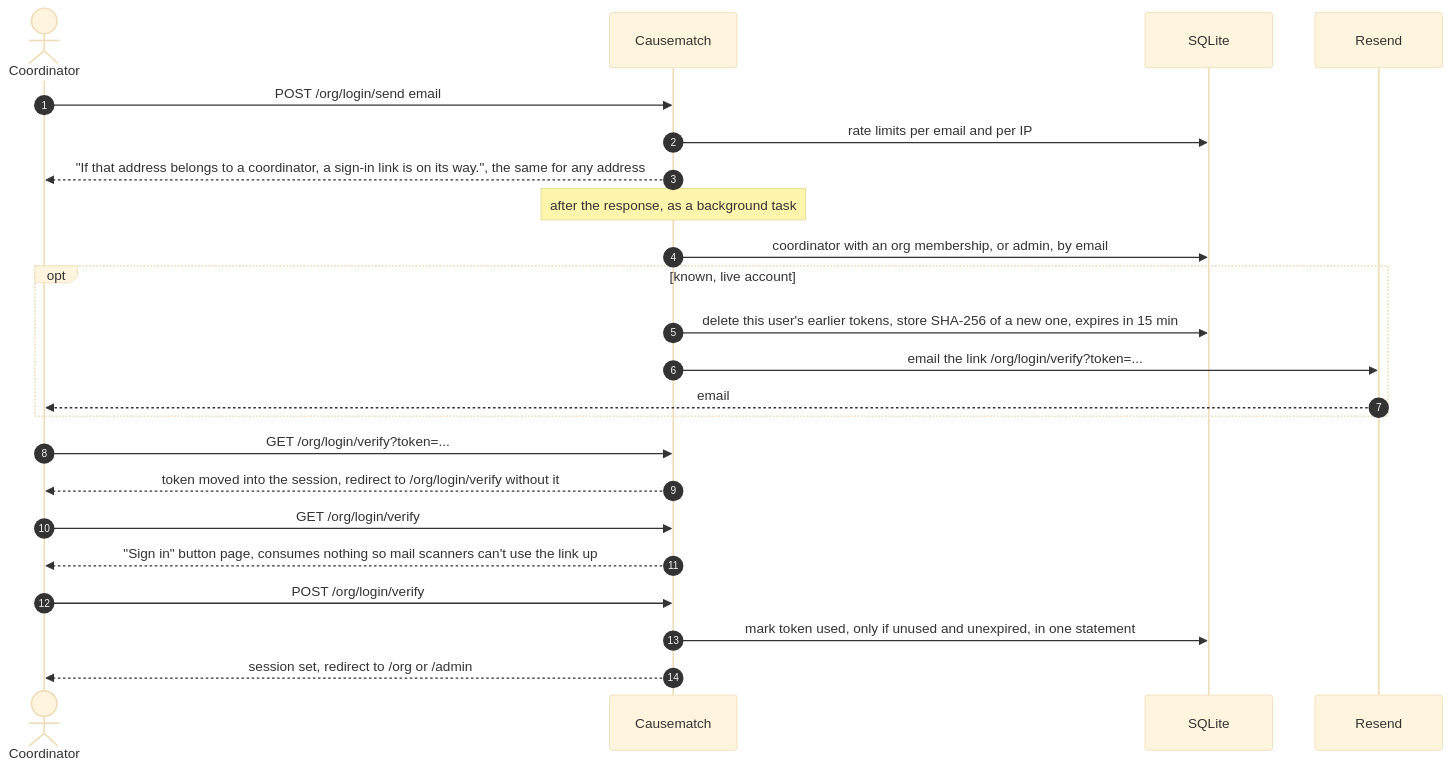
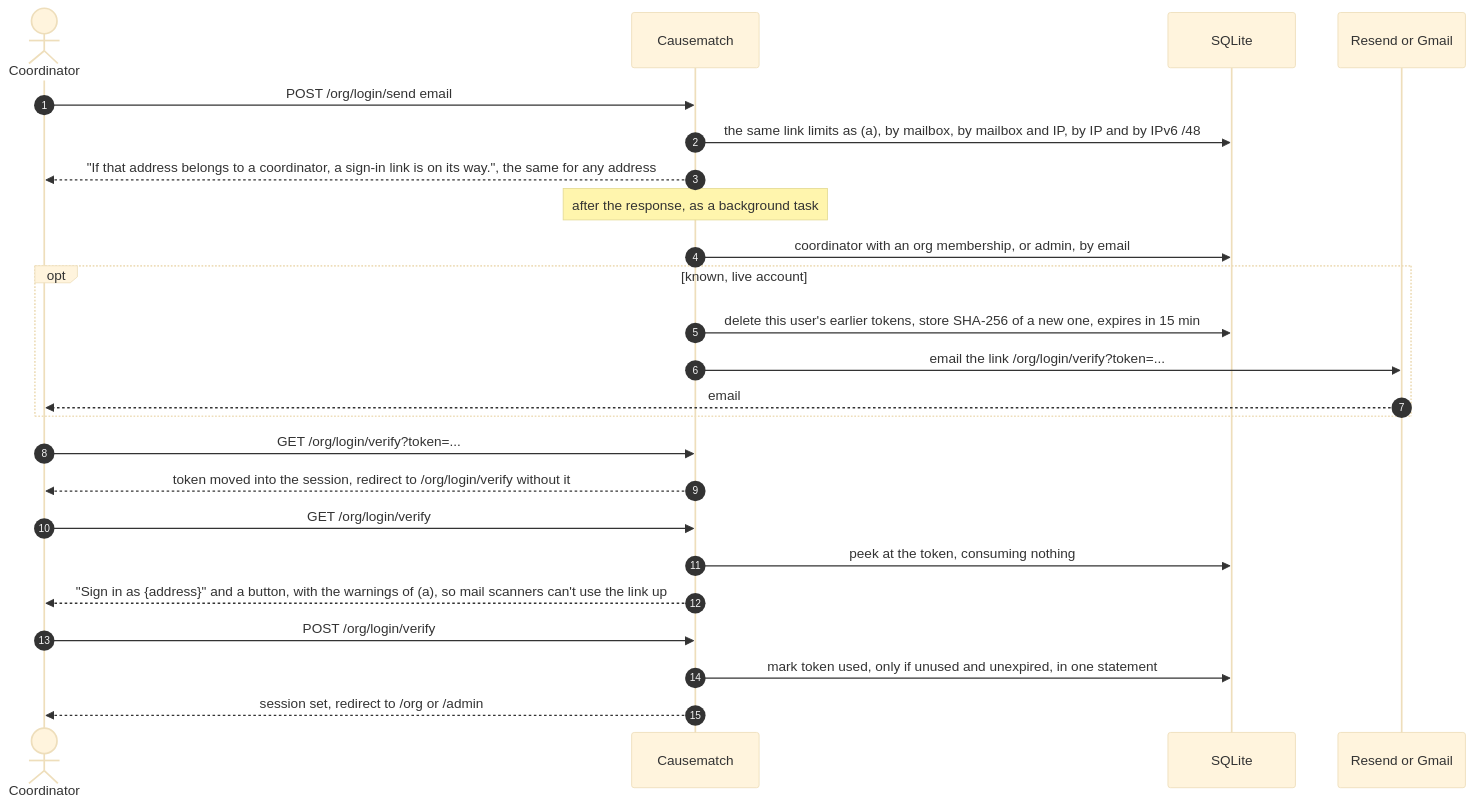
Before and after one commit to slegroux/causematch: diagram 16 of 26 in docs/ARCHITECTURE.md, drawn with Mermaid (base theme). The commit also changed other lines of this file, not shown here.

First line of the commit message:
Architecture doc: a C4 tour on top, the reference below, up to date with main through #40 (#21)

````diff
--- a/docs/ARCHITECTURE.md
+++ b/docs/ARCHITECTURE.md
@@ -564,26 +1007,27 @@
 ```mermaid
 sequenceDiagram
     autonumber
     actor C as Coordinator
     participant A as Causematch
     participant DB as SQLite
-    participant R as Resend
+    participant R as Resend or Gmail
 
     C->>A: POST /org/login/send email
-    A->>DB: rate limits per email and per IP
+    A->>DB: the same link limits as (a), by mailbox, by mailbox and IP, by IP and by IPv6 /48
     A-->>C: "If that address belongs to a coordinator, a sign-in link is on its way.", the same for any address
     Note over A: after the response, as a background task
     A->>DB: coordinator with an org membership, or admin, by email
     opt known, live account
         A->>DB: delete this user's earlier tokens, store SHA-256 of a new one, expires in 15 min
         A->>R: email the link /org/login/verify?token=...
         R-->>C: email
     end
     C->>A: GET /org/login/verify?token=...
     A-->>C: token moved into the session, redirect to /org/login/verify without it
     C->>A: GET /org/login/verify
-    A-->>C: "Sign in" button page, consumes nothing so mail scanners can't use the link up
+    A->>DB: peek at the token, consuming nothing
+    A-->>C: "Sign in as {address}" and a button, with the warnings of (a), so mail scanners can't use the link up
     C->>A: POST /org/login/verify
     A->>DB: mark token used, only if unused and unexpired, in one statement
     A-->>C: session set, redirect to /org or /admin
 ```
````
